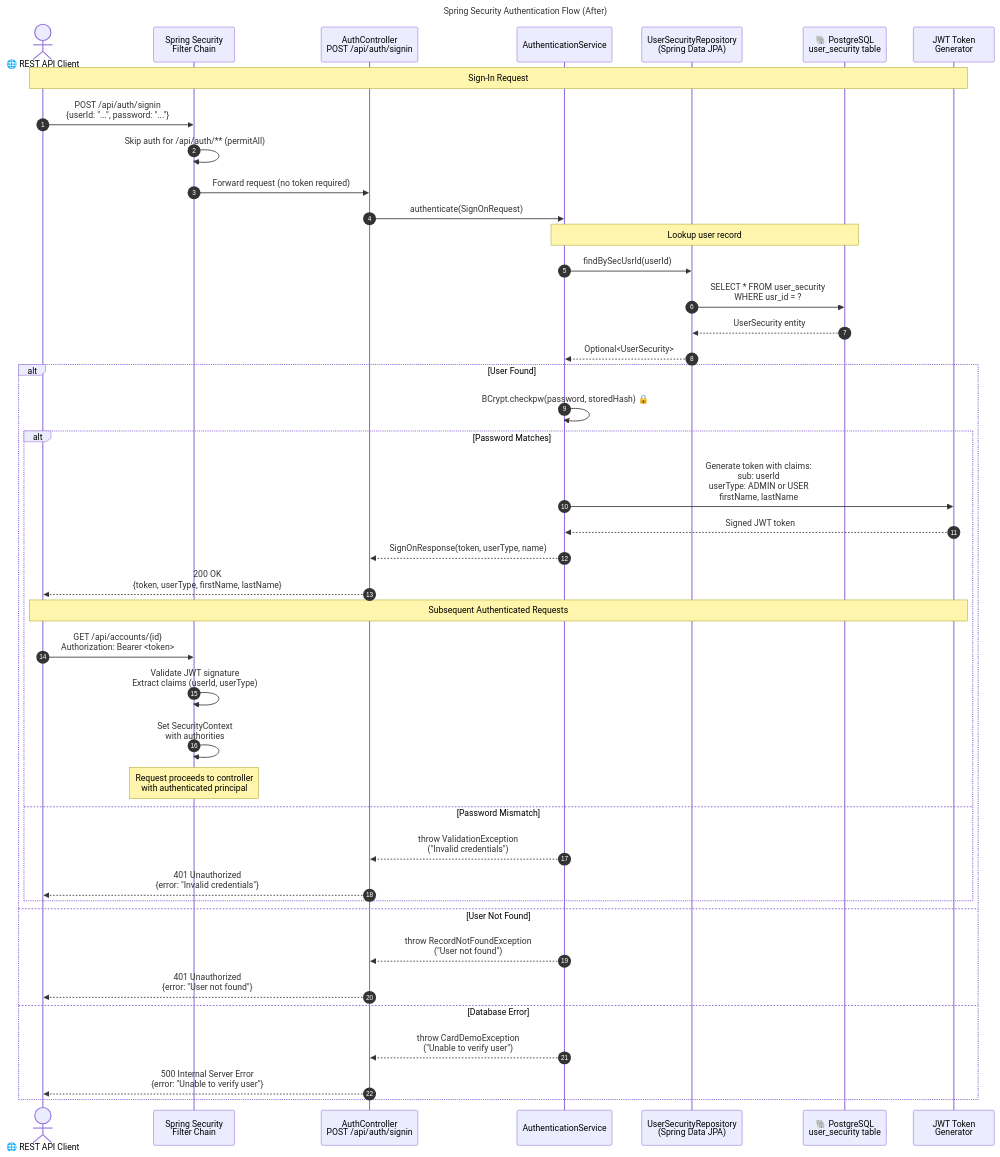
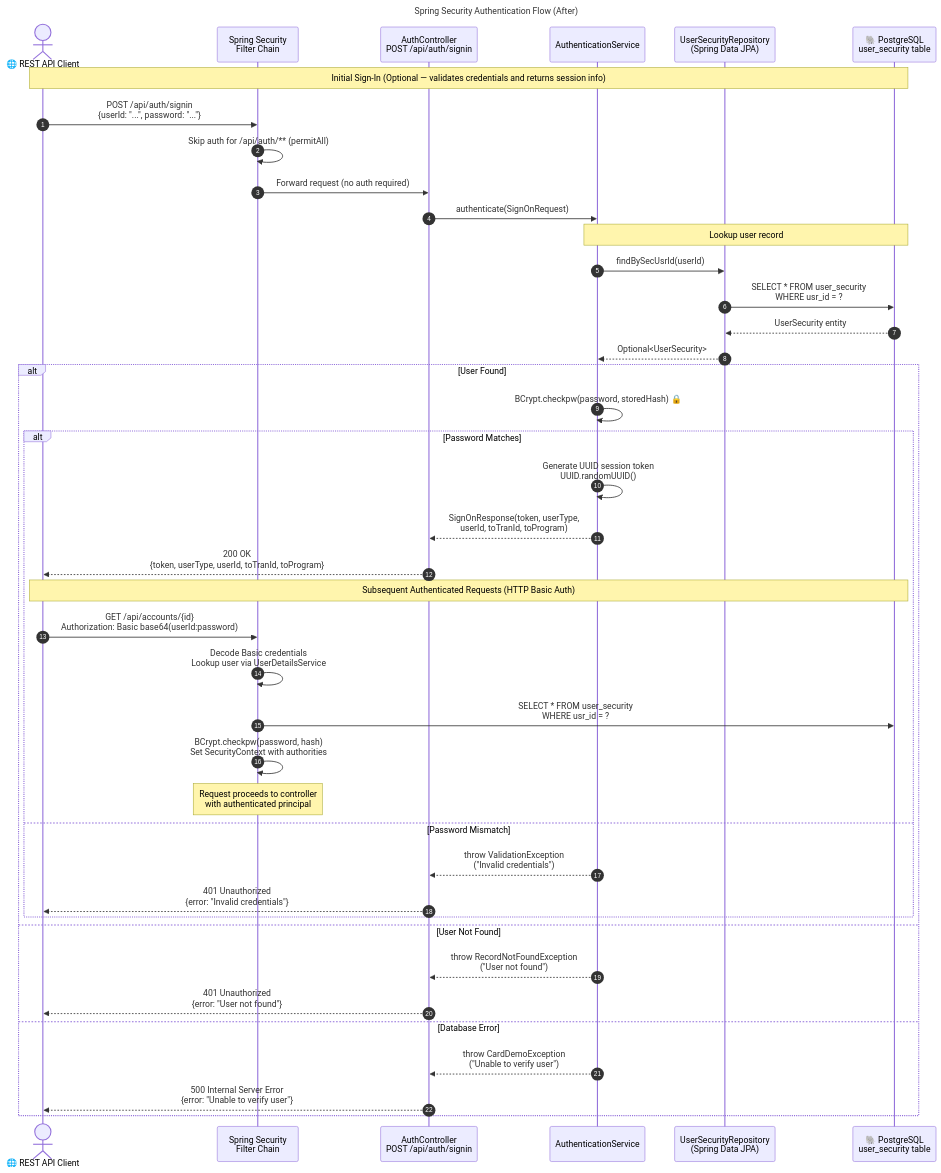
One commit to Blitzy-Sandbox/blitzy-card-demo changed the eighth of 8 diagrams in docs/architecture-before-after.md. Above: the diagram before and after it, drawn with Mermaid. The commit also changed other lines of this file and 8 other files, not shown here.

````diff
--- a/docs/architecture-before-after.md
+++ b/docs/architecture-before-after.md
@@ -923,51 +923,50 @@
 ```mermaid
 sequenceDiagram
     autonumber
     title Spring Security Authentication Flow (After)
 
     actor Client as 🌐 REST API Client
     participant Filter as Spring Security<br/>Filter Chain
     participant AuthCtrl as AuthController<br/>POST /api/auth/signin
     participant AuthSvc as AuthenticationService
     participant UserRepo as UserSecurityRepository<br/>(Spring Data JPA)
     participant PG as 🐘 PostgreSQL<br/>user_security table
-    participant JWT as JWT Token<br/>Generator
 
-    Note over Client,JWT: Sign-In Request
+    Note over Client,PG: Initial Sign-In (Optional — validates credentials and returns session info)
     Client->>Filter: POST /api/auth/signin<br/>{userId: "...", password: "..."}
     Filter->>Filter: Skip auth for /api/auth/** (permitAll)
-    Filter->>AuthCtrl: Forward request (no token required)
+    Filter->>AuthCtrl: Forward request (no auth required)
 
     AuthCtrl->>AuthSvc: authenticate(SignOnRequest)
 
     Note over AuthSvc,PG: Lookup user record
     AuthSvc->>UserRepo: findBySecUsrId(userId)
     UserRepo->>PG: SELECT * FROM user_security<br/>WHERE usr_id = ?
     PG-->>UserRepo: UserSecurity entity
     UserRepo-->>AuthSvc: Optional<UserSecurity>
 
     alt User Found
         AuthSvc->>AuthSvc: BCrypt.checkpw(password, storedHash) 🔒
         alt Password Matches
-            AuthSvc->>JWT: Generate token with claims:<br/>sub: userId<br/>userType: ADMIN or USER<br/>firstName, lastName
-            JWT-->>AuthSvc: Signed JWT token
-            AuthSvc-->>AuthCtrl: SignOnResponse(token, userType, name)
-            AuthCtrl-->>Client: 200 OK<br/>{token, userType, firstName, lastName}
+            AuthSvc->>AuthSvc: Generate UUID session token<br/>UUID.randomUUID()
+            AuthSvc-->>AuthCtrl: SignOnResponse(token, userType,<br/>userId, toTranId, toProgram)
+            AuthCtrl-->>Client: 200 OK<br/>{token, userType, userId, toTranId, toProgram}
 
-            Note over Client,JWT: Subsequent Authenticated Requests
-            Client->>Filter: GET /api/accounts/{id}<br/>Authorization: Bearer <token>
-            Filter->>Filter: Validate JWT signature<br/>Extract claims (userId, userType)
-            Filter->>Filter: Set SecurityContext<br/>with authorities
+            Note over Client,PG: Subsequent Authenticated Requests (HTTP Basic Auth)
+            Client->>Filter: GET /api/accounts/{id}<br/>Authorization: Basic base64(userId:password)
+            Filter->>Filter: Decode Basic credentials<br/>Lookup user via UserDetailsService
+            Filter->>PG: SELECT * FROM user_security<br/>WHERE usr_id = ?
+            Filter->>Filter: BCrypt.checkpw(password, hash)<br/>Set SecurityContext with authorities
             Note over Filter: Request proceeds to controller<br/>with authenticated principal
         else Password Mismatch
             AuthSvc-->>AuthCtrl: throw ValidationException<br/>("Invalid credentials")
             AuthCtrl-->>Client: 401 Unauthorized<br/>{error: "Invalid credentials"}
         end
     else User Not Found
         AuthSvc-->>AuthCtrl: throw RecordNotFoundException<br/>("User not found")
         AuthCtrl-->>Client: 401 Unauthorized<br/>{error: "User not found"}
     else Database Error
         AuthSvc-->>AuthCtrl: throw CardDemoException<br/>("Unable to verify user")
         AuthCtrl-->>Client: 500 Internal Server Error<br/>{error: "Unable to verify user"}
     end
 ```
````
